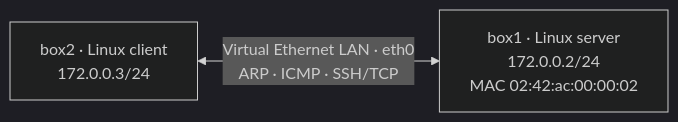
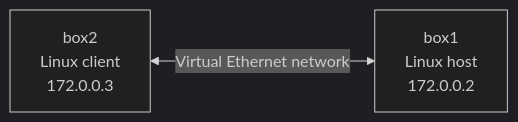
One commit to eronivaka-svg/network-traffic-analysis-lab changed the diagram in README.md. Above: the diagram before and after it, drawn with Mermaid (dark theme). The commit also changed other lines of this file, not shown here.

````diff
--- a/README.md
+++ b/README.md
@@ -13,4 +11,4 @@
 ```mermaid
 flowchart LR
-    B2["box2 · Linux client\n172.0.0.3/24"] <-->|"Virtual Ethernet LAN · eth0\nARP · ICMP · SSH/TCP"| B1["box1 · Linux server\n172.0.0.2/24\nMAC 02:42:ac:00:00:02"]
+    A["box2<br/>Linux client<br/>172.0.0.3"] <-->|"Virtual Ethernet network"| B["box1<br/>Linux host<br/>172.0.0.2"]
 ```
````
